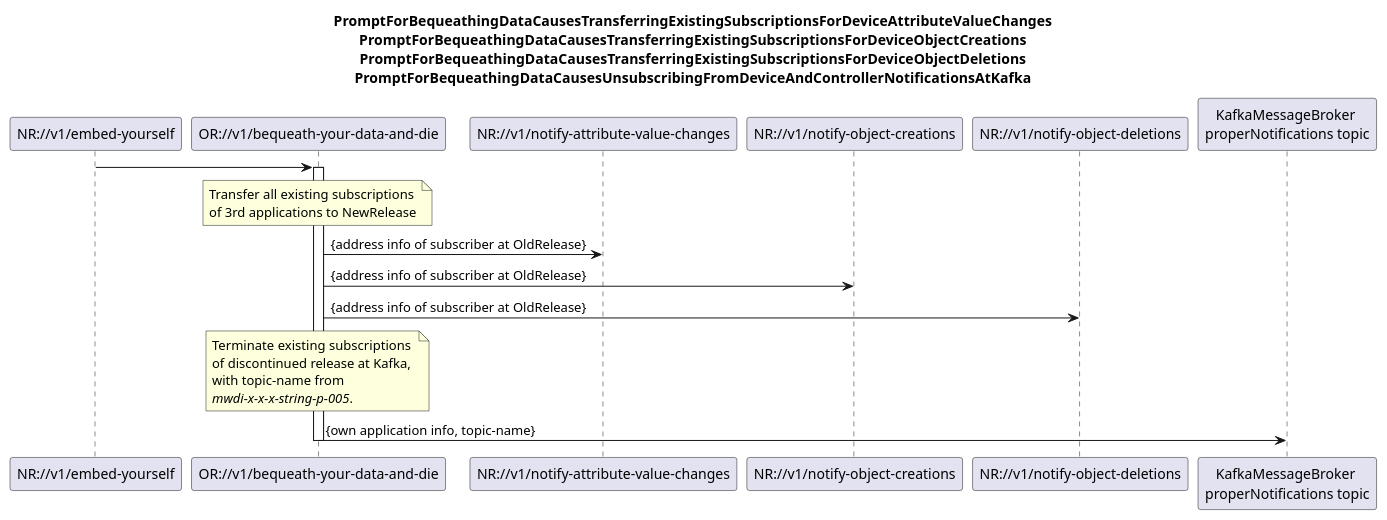
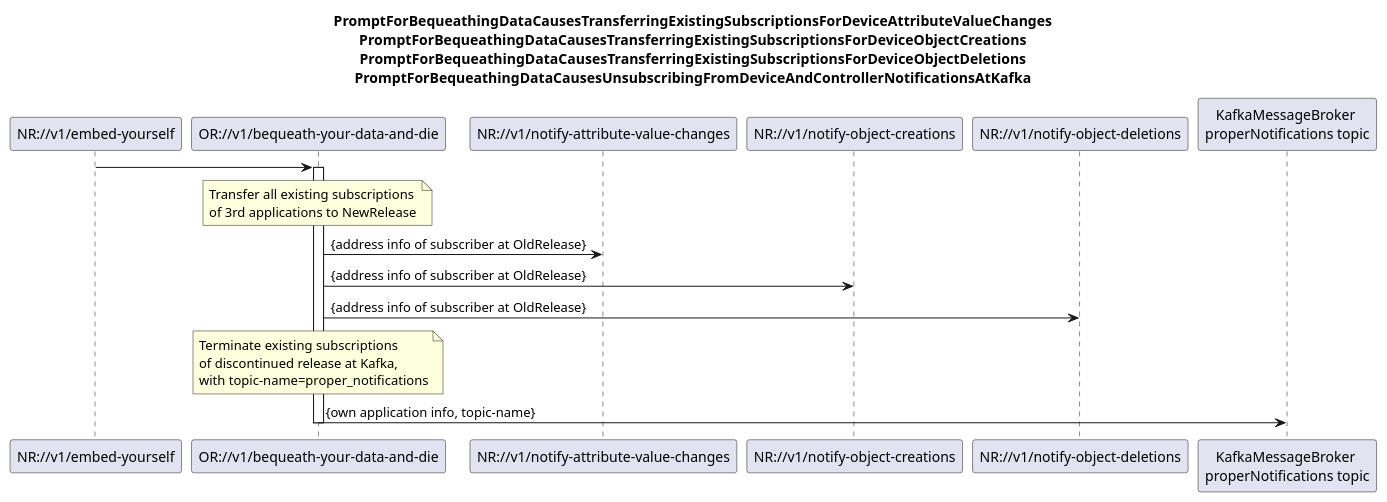
The diagram in spec/diagrams/09x_BequeathYourDataAndDie.plantuml (openBackhaul/MicroWaveDeviceInventory), drawn with PlantUML before and after one commit. The commit also changed 7 other files, not shown here.

Commit message:
update diagrams, remove profileinstance, update uuids

```diff
--- a/spec/diagrams/09x_BequeathYourDataAndDie.plantuml
+++ b/spec/diagrams/09x_BequeathYourDataAndDie.plantuml
@@ -1,39 +1,38 @@
 @startuml 09x_BequeathYourDataAndDie
 skinparam responseMessageBelowArrow true
 
 title
 PromptForBequeathingDataCausesTransferringExistingSubscriptionsForDeviceAttributeValueChanges
 PromptForBequeathingDataCausesTransferringExistingSubscriptionsForDeviceObjectCreations
 PromptForBequeathingDataCausesTransferringExistingSubscriptionsForDeviceObjectDeletions
 PromptForBequeathingDataCausesUnsubscribingFromDeviceAndControllerNotificationsAtKafka
 end title
 
 participant "NR://v1/embed-yourself" as NewRelease
 participant "OR://v1/bequeath-your-data-and-die" as OldRelease
 participant "NR://v1/notify-attribute-value-changes" as notifyAttributeChange
 participant "NR://v1/notify-object-creations" as notifyObjectCreation
 participant "NR://v1/notify-object-deletions" as notifyObjectDeletion
 participant "KafkaMessageBroker \nproperNotifications topic" as endSubsriptionAtKafka
 
 NewRelease -> OldRelease
 activate OldRelease
 
 note over OldRelease
 Transfer all existing subscriptions 
 of 3rd applications to NewRelease
 end note
 OldRelease -> notifyAttributeChange: {address info of subscriber at OldRelease}
 OldRelease -> notifyObjectCreation: {address info of subscriber at OldRelease}
 OldRelease -> notifyObjectDeletion: {address info of subscriber at OldRelease}
 
 note over OldRelease
 Terminate existing subscriptions 
 of discontinued release at Kafka,
-with topic-name from 
-<i>mwdi-x-x-x-string-p-005</i>.
+with topic-name=proper_notifications
 end note
 OldRelease -> endSubsriptionAtKafka: {own application info, topic-name}
 
 deactivate OldRelease
 
 @enduml
```
